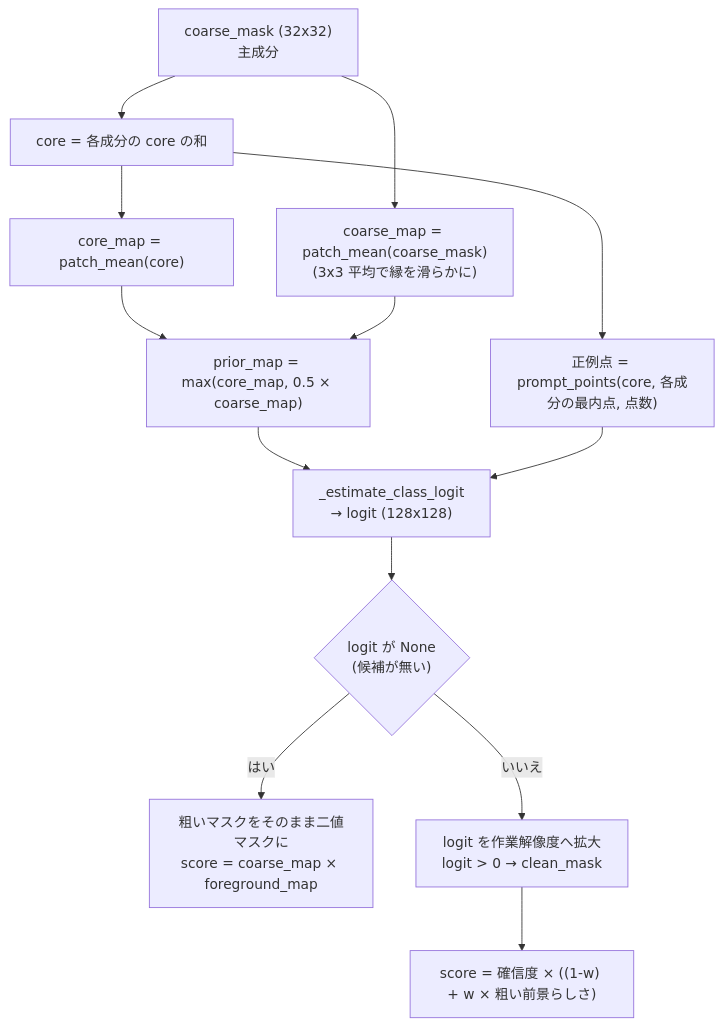
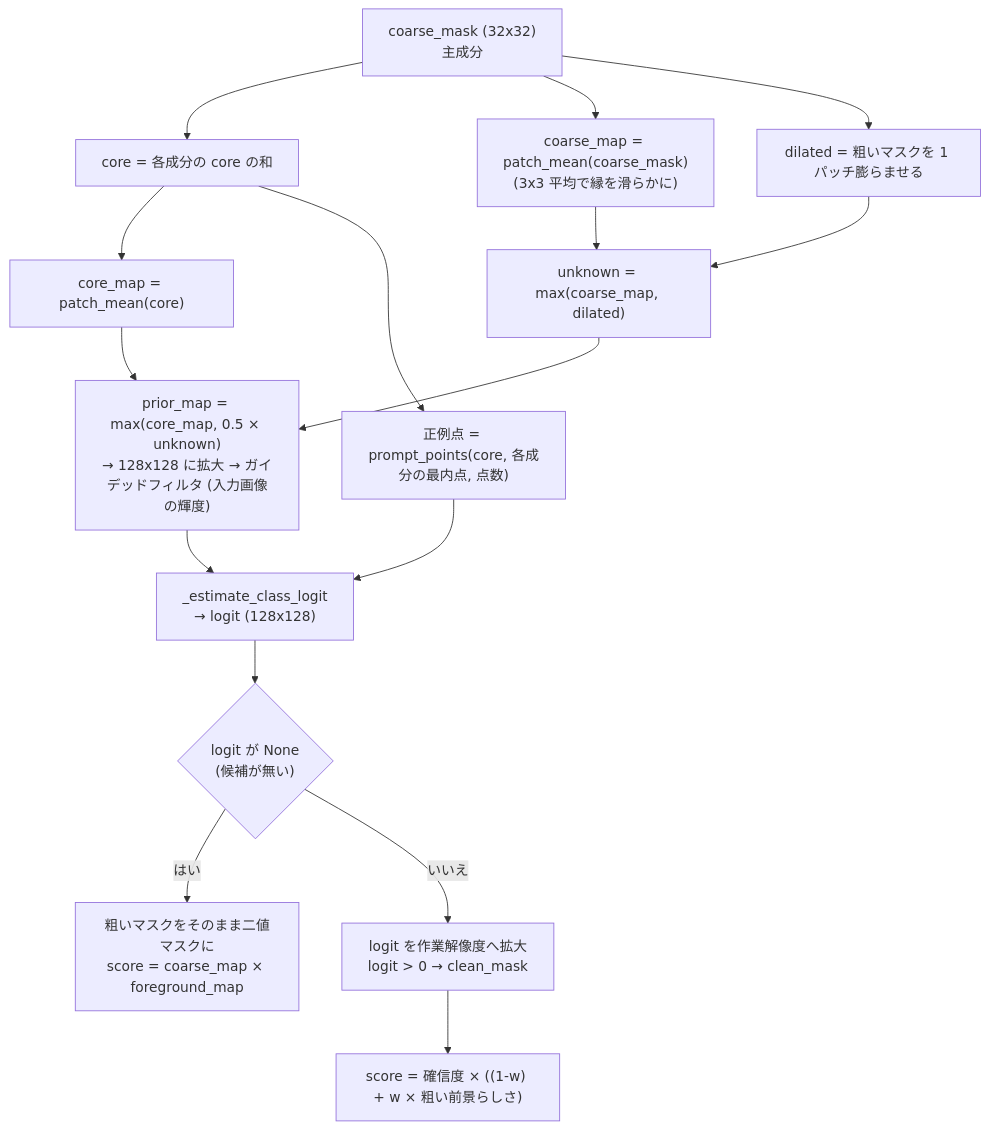
Before and after one commit to fklg-64/pe_anything_detect: the fifth of 9 diagrams in docs/semantic_refiner.md, drawn with Mermaid. The commit also changed other lines of this file and 10 other files, not shown here.

````diff
--- a/docs/semantic_refiner.md
+++ b/docs/semantic_refiner.md
@@ -187,15 +193,18 @@
 ```mermaid
 flowchart TD
     A["coarse_mask (32x32)<br/>主成分"] --> CORE["core = 各成分の core の和"]
     A --> CM["coarse_map = patch_mean(coarse_mask)<br/>(3x3 平均で縁を滑らかに)"]
+    A --> DIL["dilated = 粗いマスクを 1 パッチ膨らませる"]
+    CM --> UNK["unknown = max(coarse_map, dilated)"]
+    DIL --> UNK
     CORE --> COREM["core_map = patch_mean(core)"]
     COREM --> PRIOR
-    CM --> PRIOR["prior_map = max(core_map, 0.5 × coarse_map)"]
+    UNK --> PRIOR["prior_map = max(core_map, 0.5 × unknown)<br/>→ 128x128 に拡大 → ガイデッドフィルタ (入力画像の輝度)"]
     CORE --> FG["正例点 = prompt_points(core, 各成分の最内点, 点数)"]
     PRIOR --> EST["_estimate_class_logit<br/>→ logit (128x128)"]
     FG --> EST
     EST --> NONE{"logit が None<br/>(候補が無い)"}
     NONE -->|はい| FALLBACK["粗いマスクをそのまま二値マスクに<br/>score = coarse_map × foreground_map"]
     NONE -->|いいえ| BIN["logit を作業解像度へ拡大<br/>logit > 0 → clean_mask"]
     BIN --> SC["score = 確信度 × ((1-w) + w × 粗い前景らしさ)"]
 ```
````
